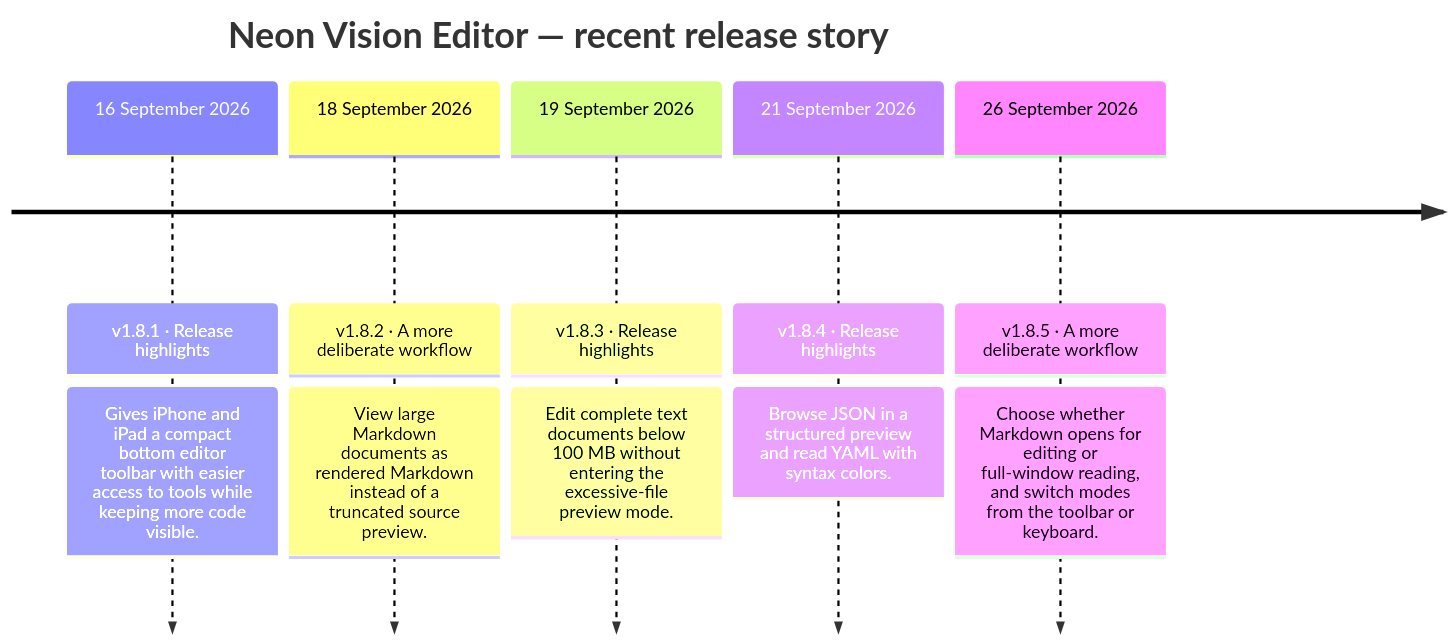
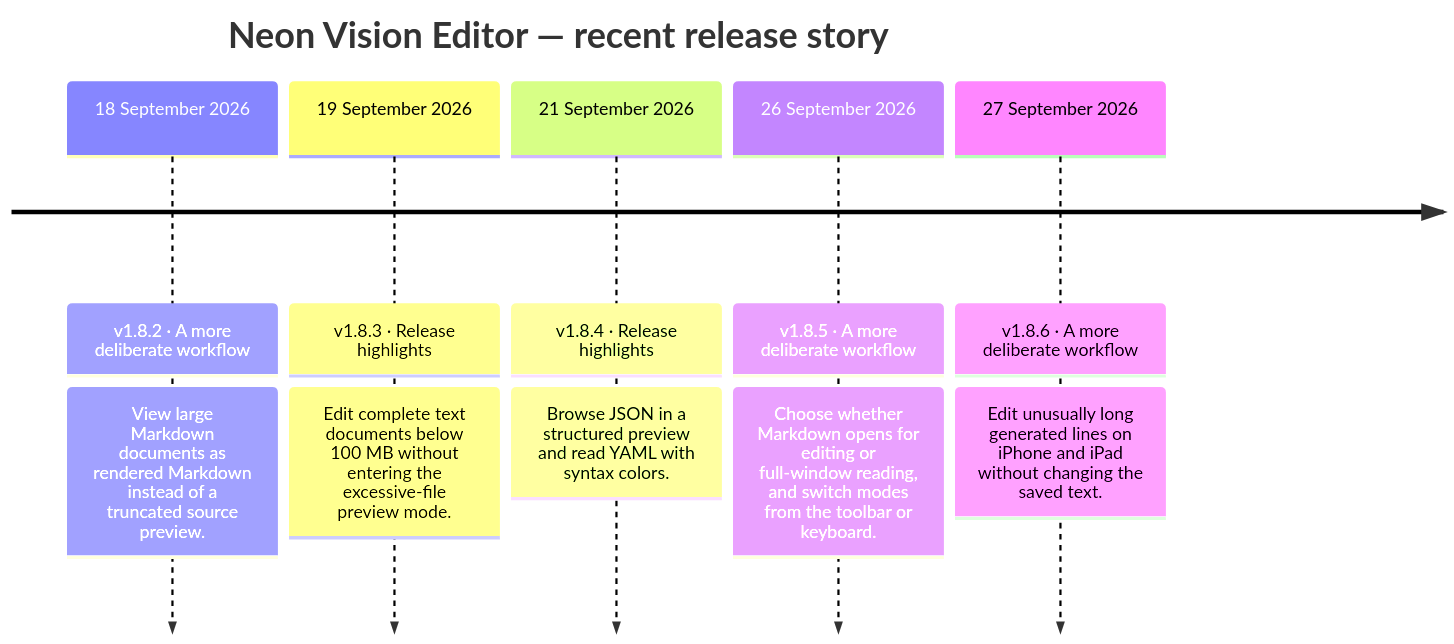
One commit to h3pdesign/Neon-Vision-Editor changed the diagram in README.md. Above: the diagram before and after it, drawn with Mermaid. The commit also changed other lines of this file and 9 other files, not shown here.

````diff
--- a/README.md
+++ b/README.md
@@ -759,14 +756,14 @@
 ```mermaid
 timeline
     title Neon Vision Editor — recent release story
-    16 September 2026 : v1.8.1 · Release highlights
-                : Gives iPhone and iPad a compact bottom editor toolbar with easier access to tools while keeping more code visible.
     18 September 2026 : v1.8.2 · A more deliberate workflow
                 : View large Markdown documents as rendered Markdown instead of a truncated source preview.
     19 September 2026 : v1.8.3 · Release highlights
                 : Edit complete text documents below 100 MB without entering the excessive-file preview mode.
     21 September 2026 : v1.8.4 · Release highlights
                 : Browse JSON in a structured preview and read YAML with syntax colors.
     26 September 2026 : v1.8.5 · A more deliberate workflow
                 : Choose whether Markdown opens for editing or full-window reading, and switch modes from the toolbar or keyboard.
+    27 September 2026 : v1.8.6 · A more deliberate workflow
+                : Edit unusually long generated lines on iPhone and iPad without changing the saved text.
 ```
````
